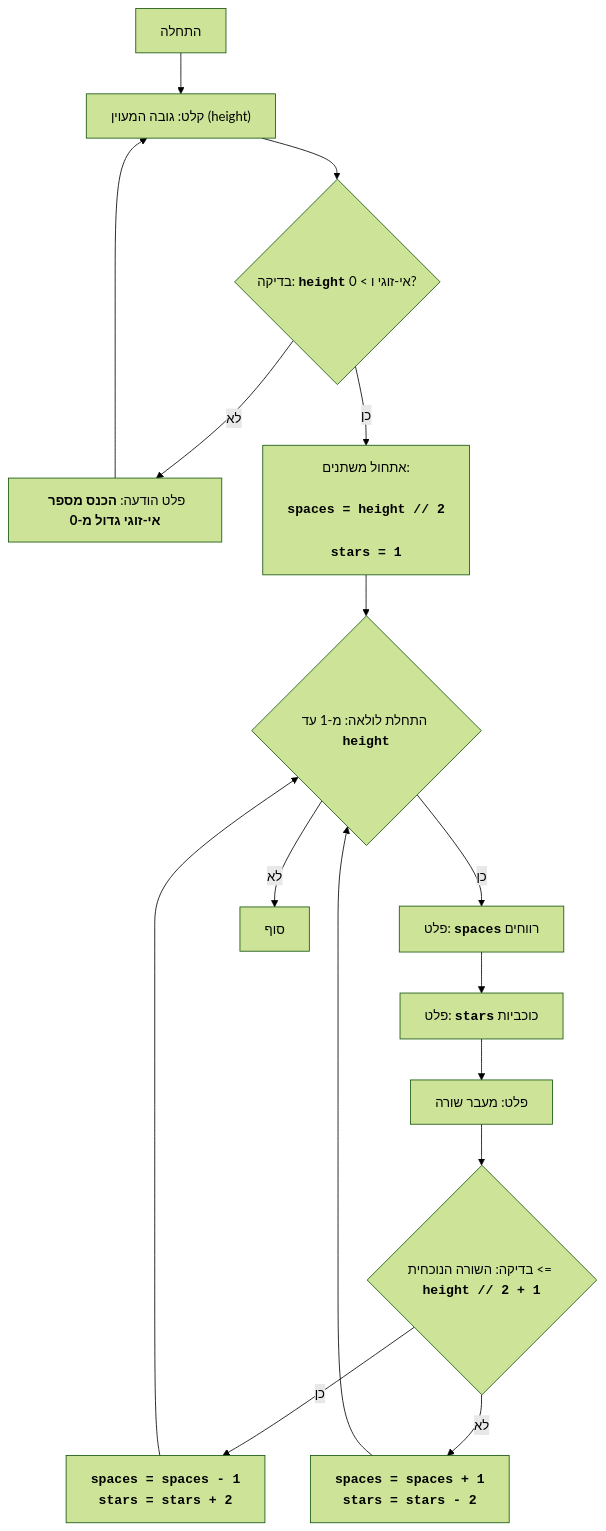
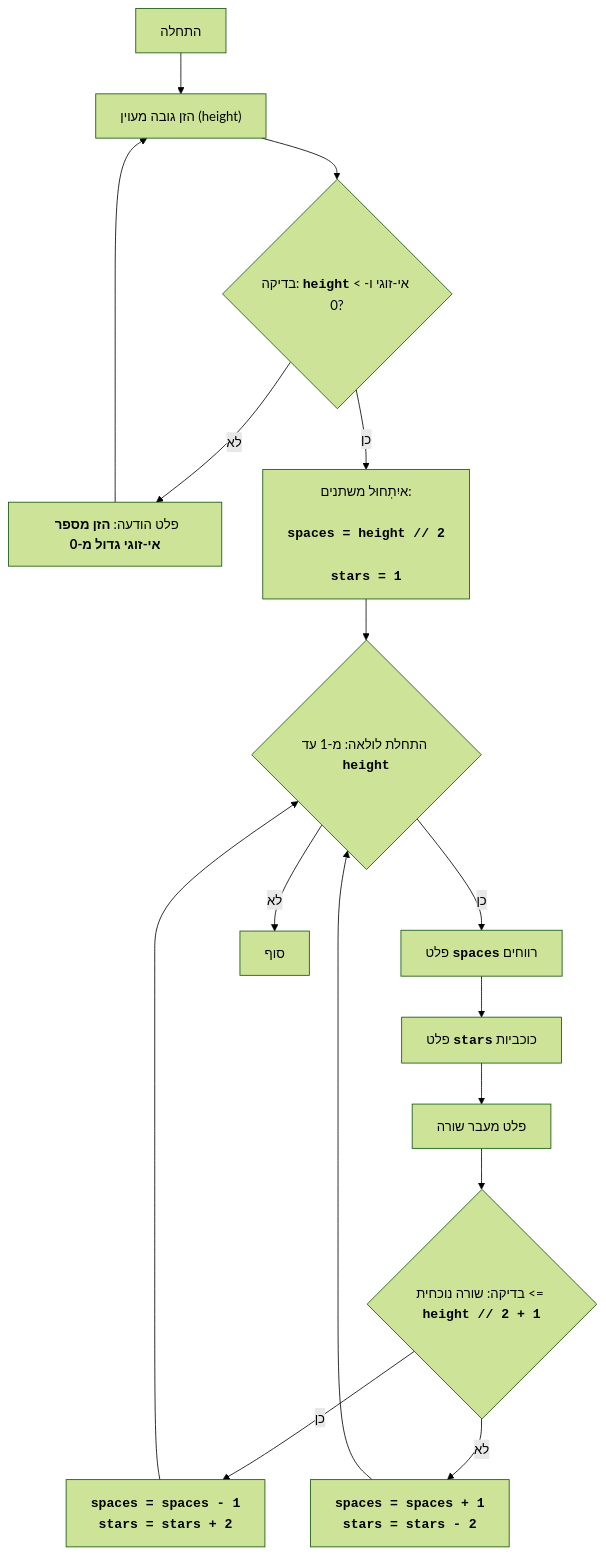
Before and after one commit to hypo69/hypo: the diagram in docs/gemini/he/doc/src/endpoints/ai_games/101_basic_computer_games/ru/GAMES/DIAMND/README.MD.md, drawn with Mermaid (forest theme). The commit also changed other lines of this file and 885 other files, not shown here.

````diff
--- a/docs/gemini/he/doc/src/endpoints/ai_games/101_basic_computer_games/ru/GAMES/DIAMND/README.MD.md
+++ b/docs/gemini/he/doc/src/endpoints/ai_games/101_basic_computer_games/ru/GAMES/DIAMND/README.MD.md
@@ -43,22 +43,18 @@
 ```mermaid
 flowchart TD
-    Start["התחלה"] --> InputHeight["קלט: גובה המעוין (height)"]
-    InputHeight --> CheckHeight{"בדיקה: <code><b>height</b></code> אי-זוגי ו > 0?"}
-    CheckHeight -- לא --> OutputError["פלט הודעה: <b>הכנס מספר אי-זוגי גדול מ-0</b>"]
+    Start["התחלה"] --> InputHeight["הזן גובה מעוין (height)"]
+    InputHeight --> CheckHeight{"בדיקה: <code><b>height</b></code> אי-זוגי ו- > 0?"}
+    CheckHeight -- לא --> OutputError["פלט הודעה: <b>הזן מספר אי-זוגי גדול מ-0</b>"]
     OutputError --> InputHeight
-    CheckHeight -- כן --> InitializeVars["<p align=\'left\'>אתחול משתנים:
-    <code><b>
-    spaces = height // 2 <br>
-    stars = 1
-    </b></code></p>"]
+    CheckHeight -- כן --> InitializeVars["<p align=\'left\'>איִתְחוּל משתנים: \n    <code><b>\n    spaces = height // 2 <br>\n    stars = 1\n    </b></code></p>"]
     InitializeVars --> LoopStart{"התחלת לולאה: מ-1 עד <code><b>height</b></code>"}
-    LoopStart -- כן --> OutputSpaces["פלט: <code><b>spaces</b></code> רווחים"]
-    OutputSpaces --> OutputStars["פלט: <code><b>stars</b></code> כוכביות"]
-     OutputStars --> OutputNewline["פלט: מעבר שורה"]
-     OutputNewline --> CheckRow{"בדיקה: השורה הנוכחית <= <code><b>height // 2 + 1</b></code>"}
+    LoopStart -- כן --> OutputSpaces["פלט <code><b>spaces</b></code> רווחים"]
+    OutputSpaces --> OutputStars["פלט <code><b>stars</b></code> כוכביות"]
+     OutputStars --> OutputNewline["פלט מעבר שורה"]
+     OutputNewline --> CheckRow{"בדיקה: שורה נוכחית <= <code><b>height // 2 + 1</b></code>"}
      CheckRow -- כן --> DecreaseSpaceIncreaseStars["<code><b>spaces = spaces - 1<br> stars = stars + 2</b></code>"]
      DecreaseSpaceIncreaseStars --> LoopStart
      CheckRow -- לא --> IncreaseSpaceDecreaseStars["<code><b>spaces = spaces + 1<br> stars = stars - 2</b></code>"]
      IncreaseSpaceDecreaseStars --> LoopStart
      LoopStart -- לא --> End["סוף"]
 ```
````
